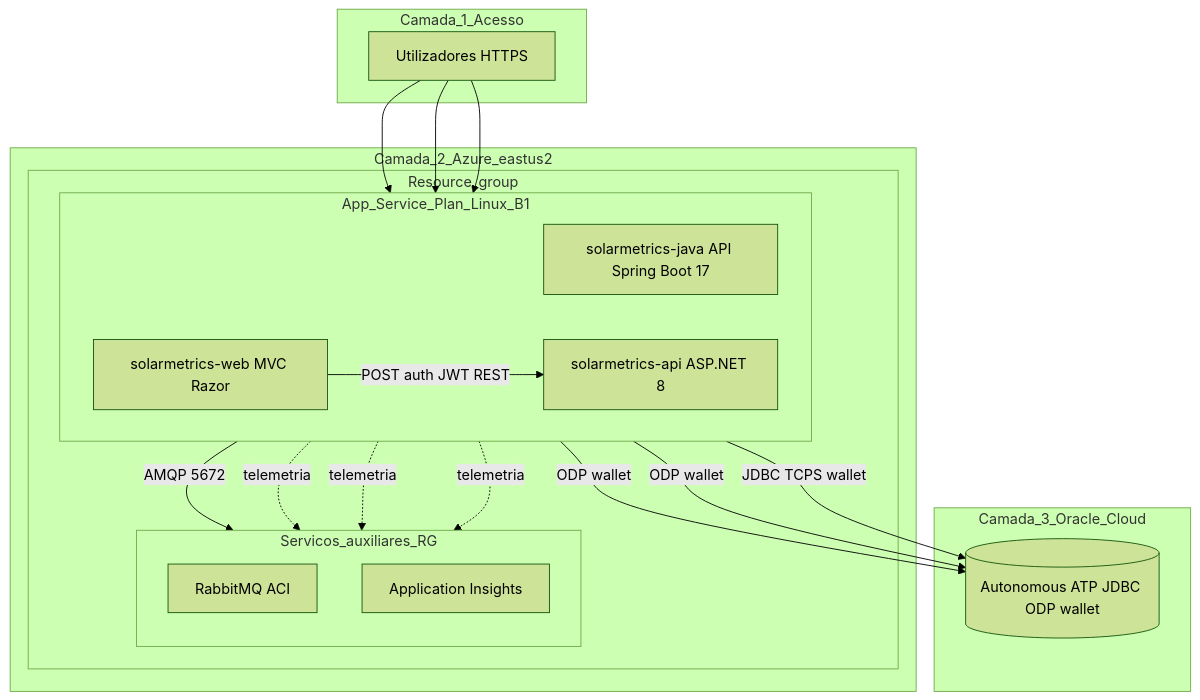
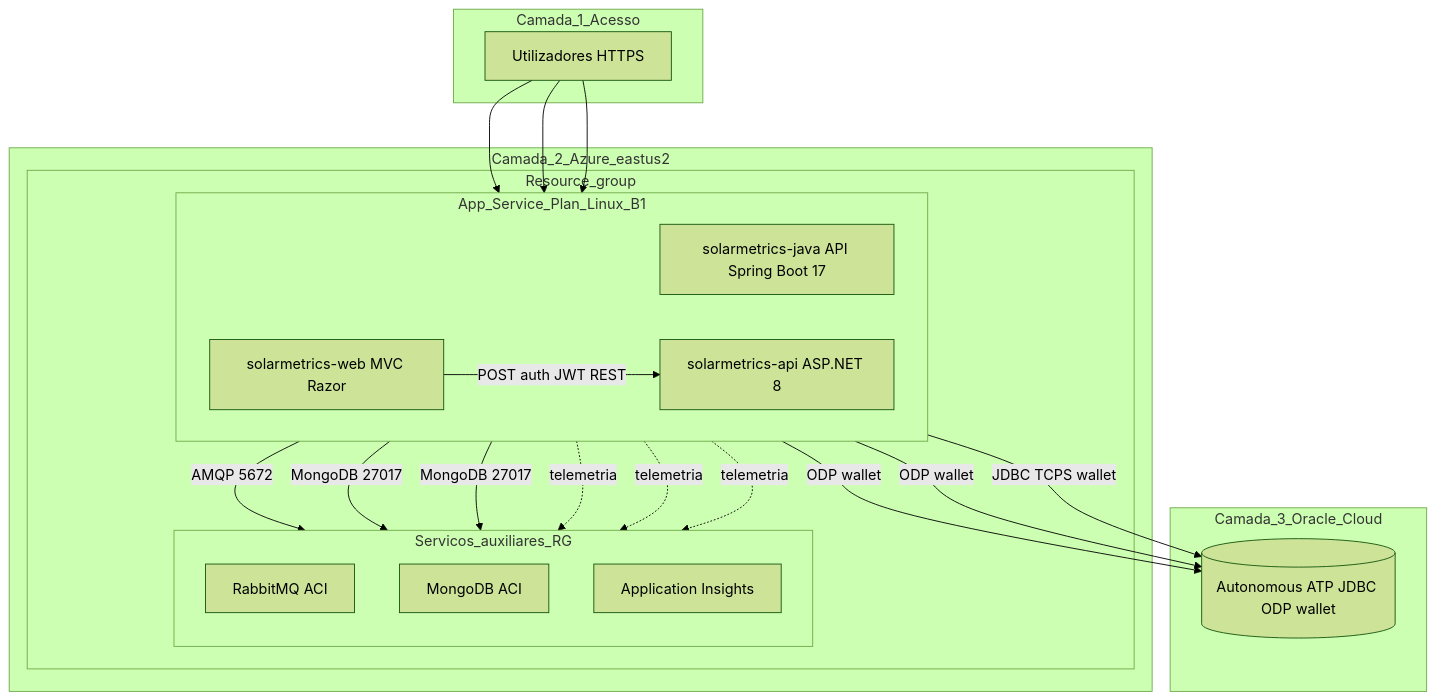
Before and after one commit to bmvck/SolarMetrics-DevOps: the diagram in README.md, drawn with Mermaid (forest theme). The commit also changed other lines of this file and 4 other files, not shown here.

````diff
--- a/README.md
+++ b/README.md
@@ -93,38 +102,41 @@
 ```mermaid
 flowchart TB
   subgraph camada1 [Camada_1_Acesso]
     usr[Utilizadores HTTPS]
   end
 
   subgraph camada2 [Camada_2_Azure_eastus2]
     subgraph rg [Resource_group]
       subgraph asp [App_Service_Plan_Linux_B1]
         direction LR
         wj[solarmetrics-java API Spring Boot 17]
         wa[solarmetrics-api ASP.NET 8]
         ww[solarmetrics-web MVC Razor]
       end
       subgraph suporte [Servicos_auxiliares_RG]
         direction TB
         rmq[RabbitMQ ACI]
+        mongo[MongoDB ACI]
         ins[Application Insights]
       end
     end
   end
 
   subgraph camada3 [Camada_3_Oracle_Cloud]
     atp[("Autonomous ATP JDBC ODP wallet")]
   end
 
   usr --> wj
   usr --> wa
   usr --> ww
   ww -->|POST auth JWT REST| wa
   ww -->|ODP wallet| atp
   wa -->|ODP wallet| atp
   wj -->|JDBC TCPS wallet| atp
   wj -->|AMQP 5672| rmq
+  wa -->|MongoDB 27017| mongo
+  ww -->|MongoDB 27017| mongo
   wj -.->|telemetria| ins
   wa -.->|telemetria| ins
   ww -.->|telemetria| ins
 ```
````
